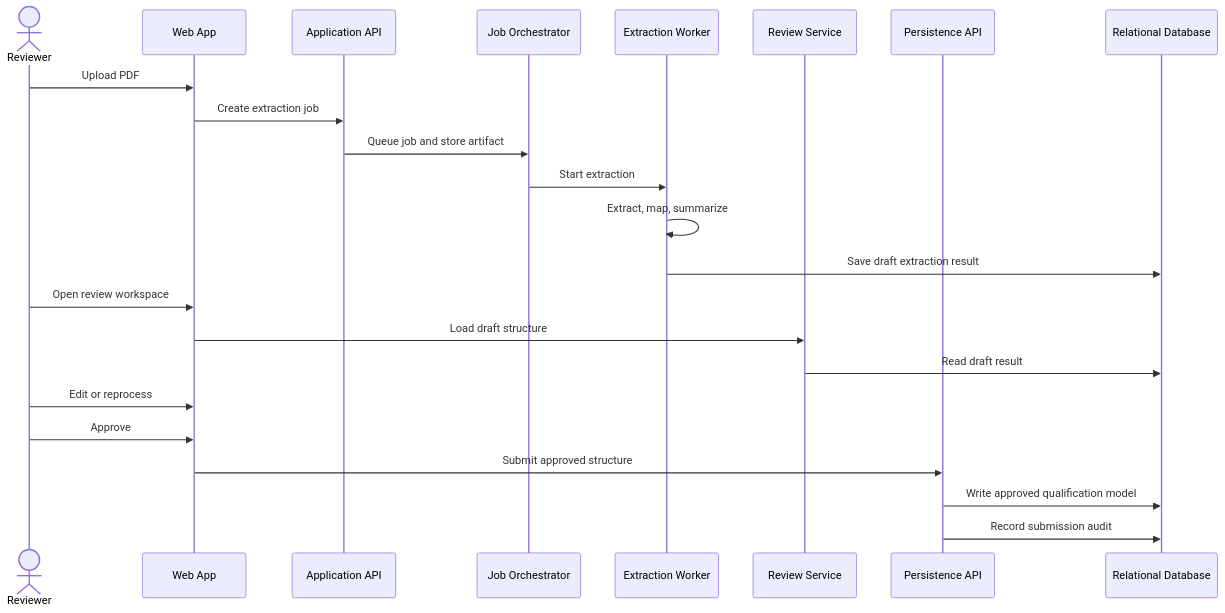
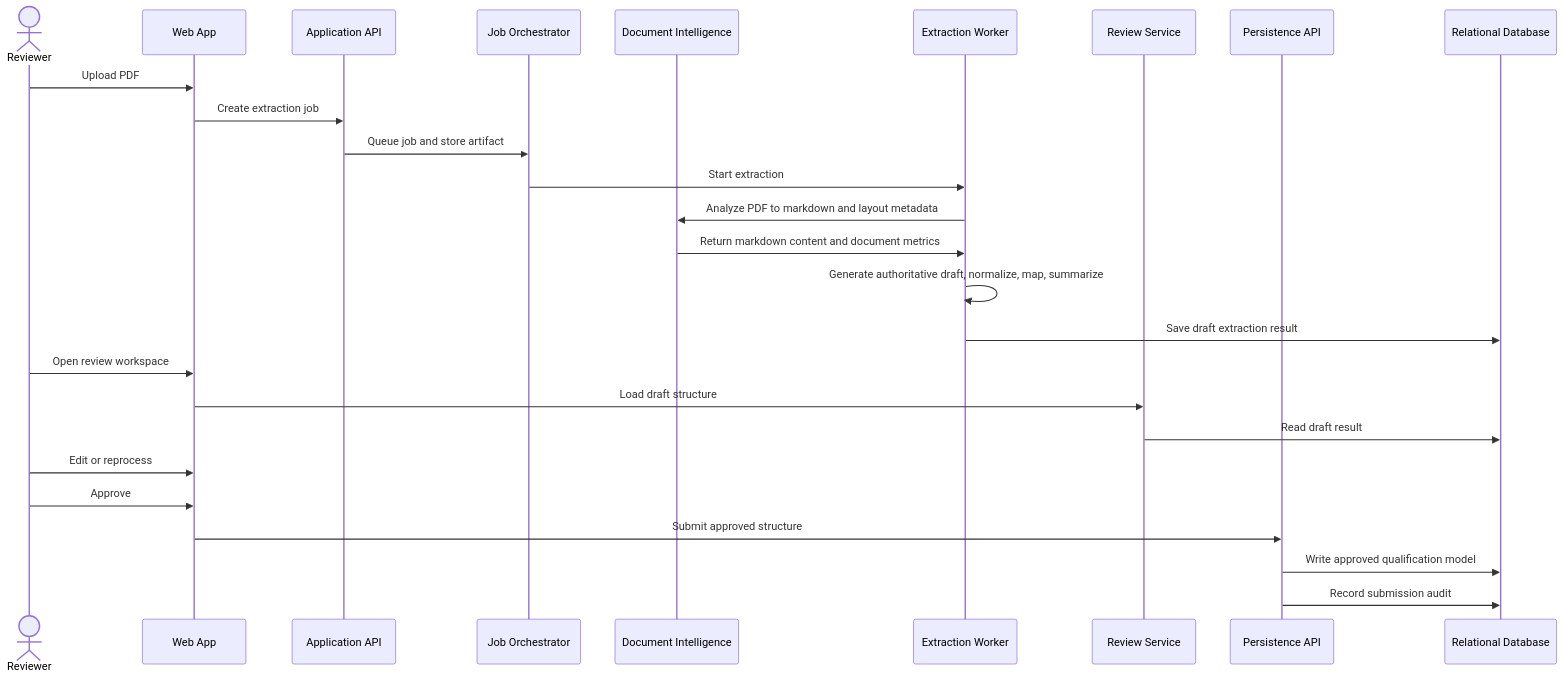
Before and after one commit to ranjivs64/QualsDemo: the second of 6 diagrams in docs/artifacts/specs/SPEC-1.md, drawn with Mermaid. The commit also changed other lines of this file and 13 other files, not shown here.

Commit message:
feat: refresh pearson review UI and architecture docs

````diff
--- a/docs/artifacts/specs/SPEC-1.md
+++ b/docs/artifacts/specs/SPEC-1.md
@@ -137,26 +138,29 @@
 ```mermaid
 sequenceDiagram
  actor Reviewer
  participant Web as Web App
  participant Api as Application API
  participant Orchestrator as Job Orchestrator
+ participant DI as Document Intelligence
  participant Extractor as Extraction Worker
  participant Review as Review Service
  participant Persist as Persistence API
  participant Db as Relational Database
 
  Reviewer->>Web: Upload PDF
  Web->>Api: Create extraction job
  Api->>Orchestrator: Queue job and store artifact
  Orchestrator->>Extractor: Start extraction
- Extractor->>Extractor: Extract, map, summarize
+ Extractor->>DI: Analyze PDF to markdown and layout metadata
+ DI->>Extractor: Return markdown content and document metrics
+ Extractor->>Extractor: Generate authoritative draft, normalize, map, summarize
  Extractor->>Db: Save draft extraction result
  Reviewer->>Web: Open review workspace
  Web->>Review: Load draft structure
  Review->>Db: Read draft result
  Reviewer->>Web: Edit or reprocess
  Reviewer->>Web: Approve
  Web->>Persist: Submit approved structure
  Persist->>Db: Write approved qualification model
  Persist->>Db: Record submission audit
 ```
````
